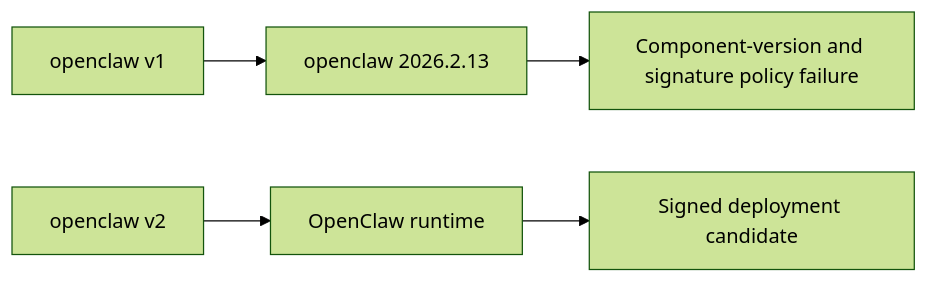
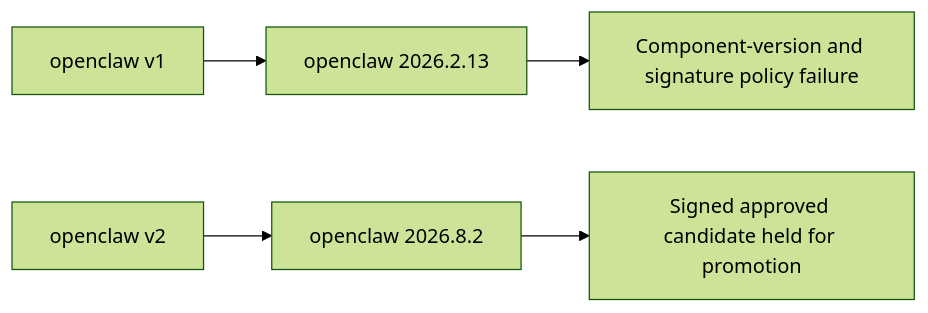
The fifth of 10 diagrams in docs/END-TO-END-LIFECYCLE.md (ralvares/rhacs), drawn with Mermaid (forest theme) before and after one commit. The commit also changed other lines of this file and 92 other files, not shown here.

````diff
--- a/docs/END-TO-END-LIFECYCLE.md
+++ b/docs/END-TO-END-LIFECYCLE.md
@@ -180,8 +208,8 @@
 ```mermaid
 flowchart LR
     v1[openclaw v1] --> affected[openclaw 2026.2.13]
     affected --> failure[Component-version and signature policy failure]
 
-    v2[openclaw v2] --> openclaw[OpenClaw runtime]
-    openclaw --> candidate[Signed deployment candidate]
+    v2[openclaw v2] --> maintained[openclaw 2026.8.2]
+    maintained --> candidate[Signed approved candidate held for promotion]
 ```
````
